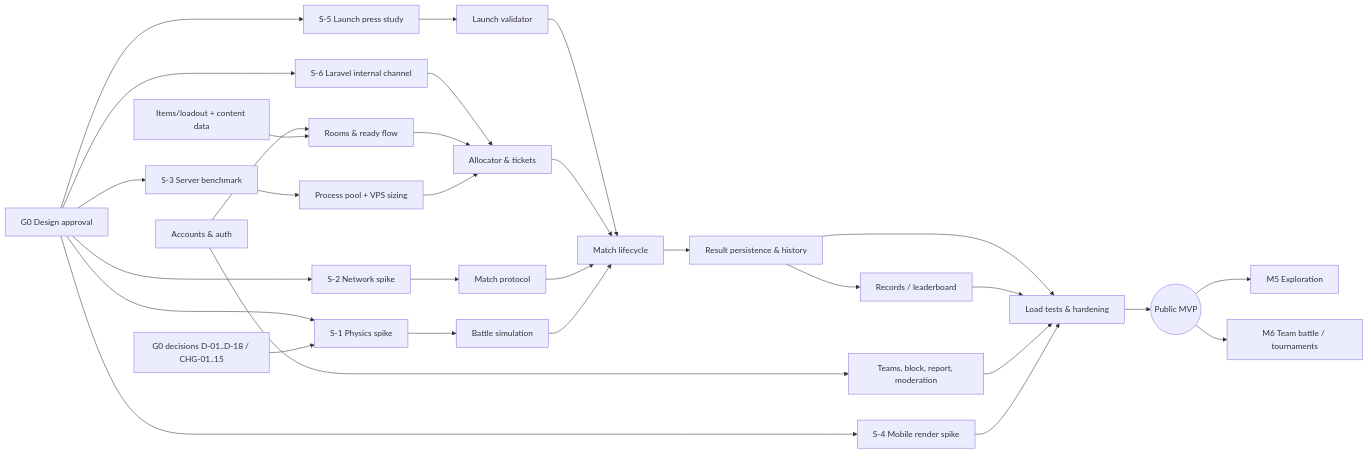
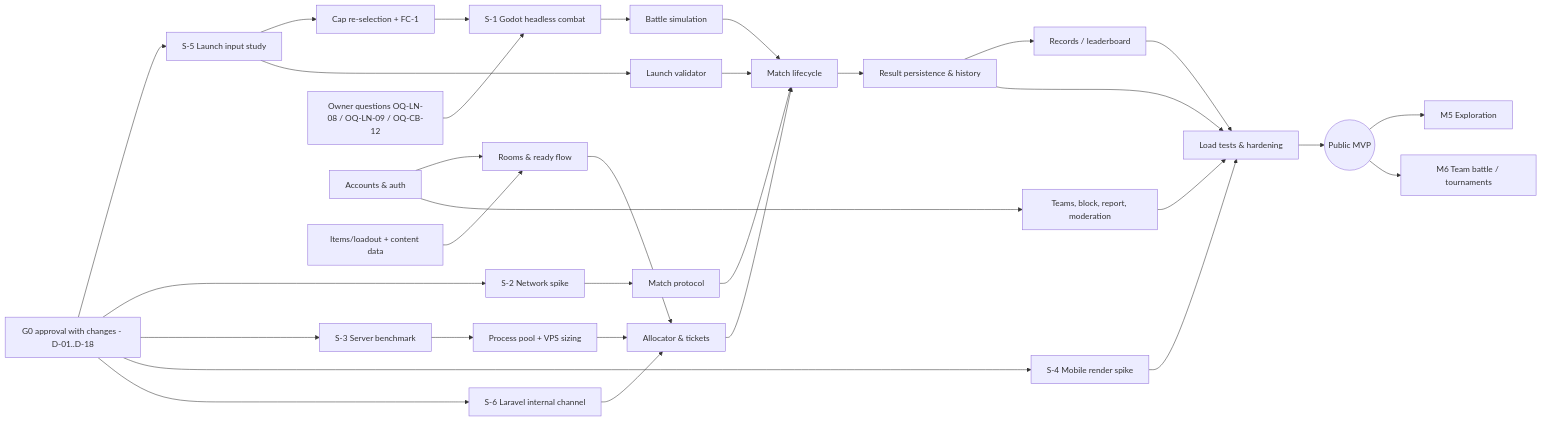
The diagram in docs/08-planning/roadmap.md (houcine212-hub/Bayblade_Sesytem), drawn with Mermaid before and after one commit. The commit also changed other lines of this file and 57 other files, not shown here.

````diff
--- a/docs/08-planning/roadmap.md
+++ b/docs/08-planning/roadmap.md
@@ -19,33 +19,34 @@
 ```mermaid
 flowchart LR
-  G0[G0 Design approval] --> S1[S-1 Physics spike]
+  G0[G0 approval with changes - D-01..D-18] --> S5[S-5 Launch input study]
+  S5 --> CAP[Cap re-selection + FC-1]
+  CAP --> S1[S-1 Godot headless combat]
   G0 --> S2[S-2 Network spike]
   G0 --> S3[S-3 Server benchmark]
   G0 --> S4[S-4 Mobile render spike]
-  G0 --> S5[S-5 Launch press study]
   G0 --> S6[S-6 Laravel internal channel]
   S5 --> LAUNCH[Launch validator]
   S6 --> ALLOC
   LAUNCH --> MATCH
-  Q1[G0 decisions D-01..D-18 / CHG-01..15] --> S1
+  Q1[Owner questions OQ-LN-08 / OQ-LN-09 / OQ-CB-12] --> S1
   S1 --> SIM[Battle simulation]
   S2 --> NET[Match protocol]
   S3 --> POOL[Process pool + VPS sizing]
   ACC[Accounts & auth] --> ROOM[Rooms & ready flow]
   INV[Items/loadout + content data] --> ROOM
   ROOM --> ALLOC[Allocator & tickets]
   POOL --> ALLOC
   ALLOC --> MATCH[Match lifecycle]
   NET --> MATCH
   SIM --> MATCH
   MATCH --> RES[Result persistence & history]
   RES --> REC[Records / leaderboard]
   ACC --> SOC[Teams, block, report, moderation]
   RES --> M4[Load tests & hardening]
   REC --> M4
   SOC --> M4
   M4 --> MVP((Public MVP))
   MVP --> EXP[M5 Exploration]
   MVP --> COMP[M6 Team battle / tournaments]
   S4 --> M4
 ```
````
